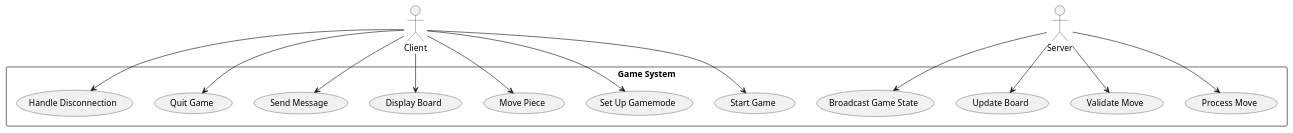
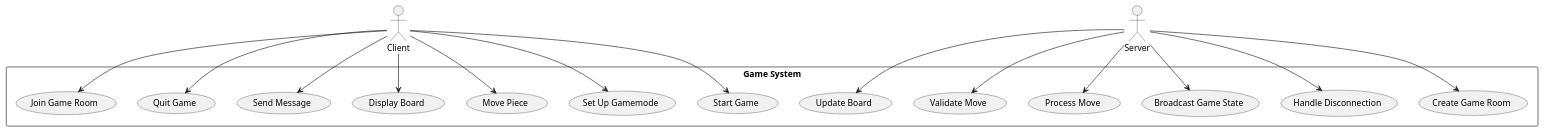
Before and after one commit to zak380m/Chinese_checkers: the diagram in useCaseDiagram.puml, drawn with PlantUML. The commit also changed 5 other files, not shown here.

Commit message:
adding diagrams

```diff
--- a/useCaseDiagram.puml
+++ b/useCaseDiagram.puml
@@ -1,33 +1,37 @@
 @startuml
 
 actor Client
 actor Server
 
 rectangle "Game System" {
     usecase "Start Game" as UC1
     usecase "Set Up Gamemode" as UC2
     usecase "Move Piece" as UC3
     usecase "Display Board" as UC4
     usecase "Send Message" as UC5
     usecase "Quit Game" as UC6
     usecase "Handle Disconnection" as UC7
     usecase "Broadcast Game State" as UC8
     usecase "Process Move" as UC9
     usecase "Validate Move" as UC10
     usecase "Update Board" as UC11
+    usecase "Join Game Room" as UC12
+    usecase "Create Game Room" as UC13
 }
 
 Client --> UC1
 Client --> UC2
 Client --> UC3
 Client --> UC4
 Client --> UC5
 Client --> UC6
-Client --> UC7
+Client --> UC12
 
+Server --> UC7
 Server --> UC8
 Server --> UC9
 Server --> UC10
 Server --> UC11
+Server --> UC13
 
 @enduml
```
